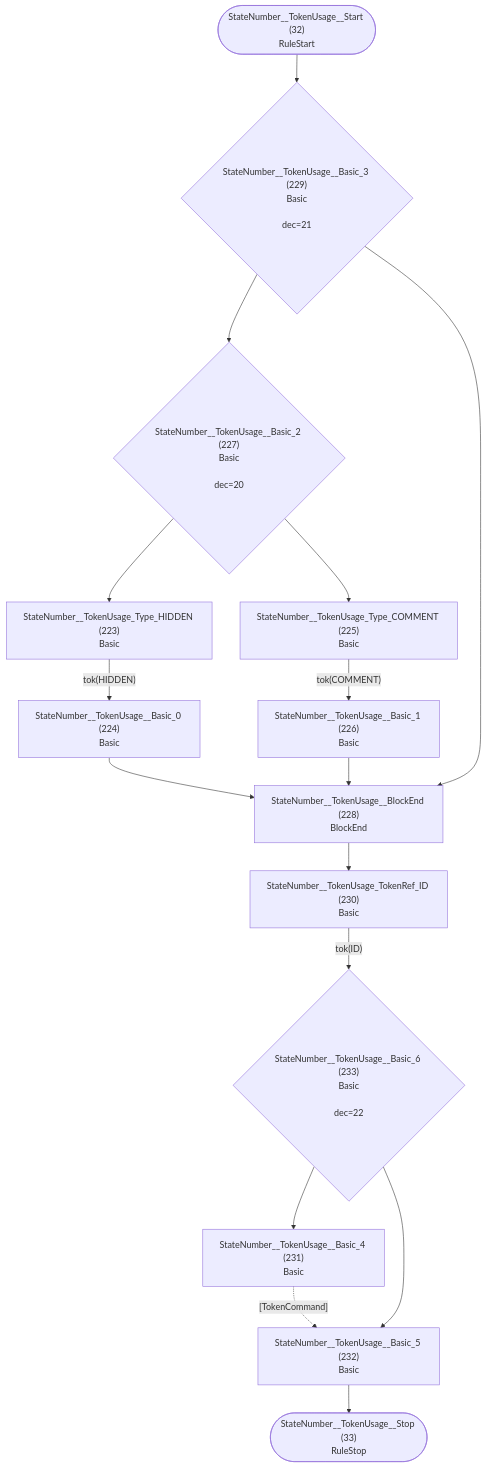
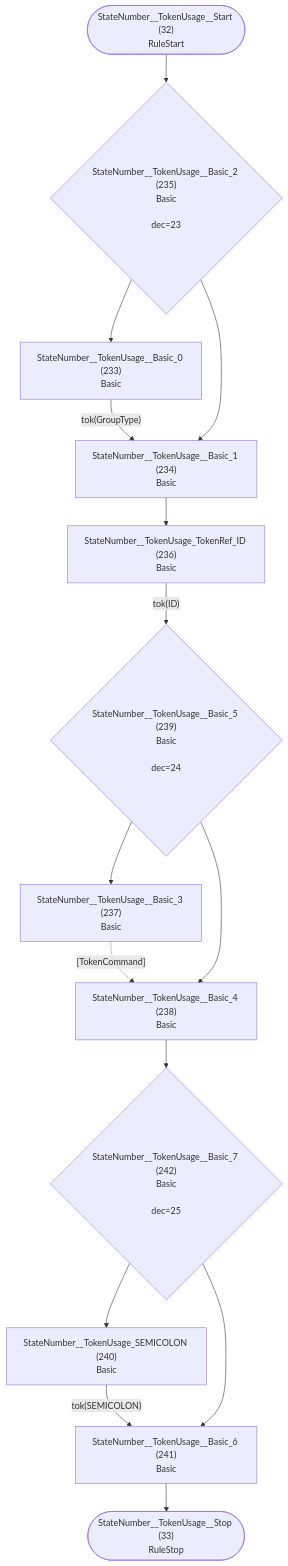
Before and after one commit to TypeFox/fastbelt: diagram 17 of 33 in internal/grammar/atn.md, drawn with Mermaid. The commit also changed other lines of this file and 6 other files, not shown here.

````diff
--- a/internal/grammar/atn.md
+++ b/internal/grammar/atn.md
@@ -513,32 +532,30 @@
 ```mermaid
 flowchart TD
     q32(["StateNumber__TokenUsage__Start (32)<br/>RuleStart"])
     q33(["StateNumber__TokenUsage__Stop (33)<br/>RuleStop"])
-    q223["StateNumber__TokenUsage_Type_HIDDEN (223)<br/>Basic<br/>"]
-    q224["StateNumber__TokenUsage__Basic_0 (224)<br/>Basic<br/>"]
-    q225["StateNumber__TokenUsage_Type_COMMENT (225)<br/>Basic<br/>"]
-    q226["StateNumber__TokenUsage__Basic_1 (226)<br/>Basic<br/>"]
-    q227{"StateNumber__TokenUsage__Basic_2 (227)<br/>Basic<br/><br/>dec=20"}
-    q228["StateNumber__TokenUsage__BlockEnd (228)<br/>BlockEnd<br/>"]
-    q229{"StateNumber__TokenUsage__Basic_3 (229)<br/>Basic<br/><br/>dec=21"}
-    q230["StateNumber__TokenUsage_TokenRef_ID (230)<br/>Basic<br/>"]
-    q231["StateNumber__TokenUsage__Basic_4 (231)<br/>Basic<br/>"]
-    q232["StateNumber__TokenUsage__Basic_5 (232)<br/>Basic<br/>"]
-    q233{"StateNumber__TokenUsage__Basic_6 (233)<br/>Basic<br/><br/>dec=22"}
+    q233["StateNumber__TokenUsage__Basic_0 (233)<br/>Basic<br/>"]
+    q234["StateNumber__TokenUsage__Basic_1 (234)<br/>Basic<br/>"]
+    q235{"StateNumber__TokenUsage__Basic_2 (235)<br/>Basic<br/><br/>dec=23"}
+    q236["StateNumber__TokenUsage_TokenRef_ID (236)<br/>Basic<br/>"]
+    q237["StateNumber__TokenUsage__Basic_3 (237)<br/>Basic<br/>"]
+    q238["StateNumber__TokenUsage__Basic_4 (238)<br/>Basic<br/>"]
+    q239{"StateNumber__TokenUsage__Basic_5 (239)<br/>Basic<br/><br/>dec=24"}
+    q240["StateNumber__TokenUsage_SEMICOLON (240)<br/>Basic<br/>"]
+    q241["StateNumber__TokenUsage__Basic_6 (241)<br/>Basic<br/>"]
+    q242{"StateNumber__TokenUsage__Basic_7 (242)<br/>Basic<br/><br/>dec=25"}
 
-    q32 --> q229
-    q223 -->|"tok(HIDDEN)"| q224
-    q224 --> q228
-    q225 -->|"tok(COMMENT)"| q226
-    q226 --> q228
-    q227 --> q223
-    q227 --> q225
-    q228 --> q230
-    q229 --> q227
-    q229 --> q228
-    q230 -->|"tok(ID)"| q233
-    q231 -.->|"[TokenCommand]"| q232
-    q232 --> q33
-    q233 --> q231
-    q233 --> q232
+    q32 --> q235
+    q233 -->|"tok(GroupType)"| q234
+    q234 --> q236
+    q235 --> q233
+    q235 --> q234
+    q236 -->|"tok(ID)"| q239
+    q237 -.->|"[TokenCommand]"| q238
+    q238 --> q242
+    q239 --> q237
+    q239 --> q238
+    q240 -->|"tok(SEMICOLON)"| q241
+    q241 --> q33
+    q242 --> q240
+    q242 --> q241
 ```
````
